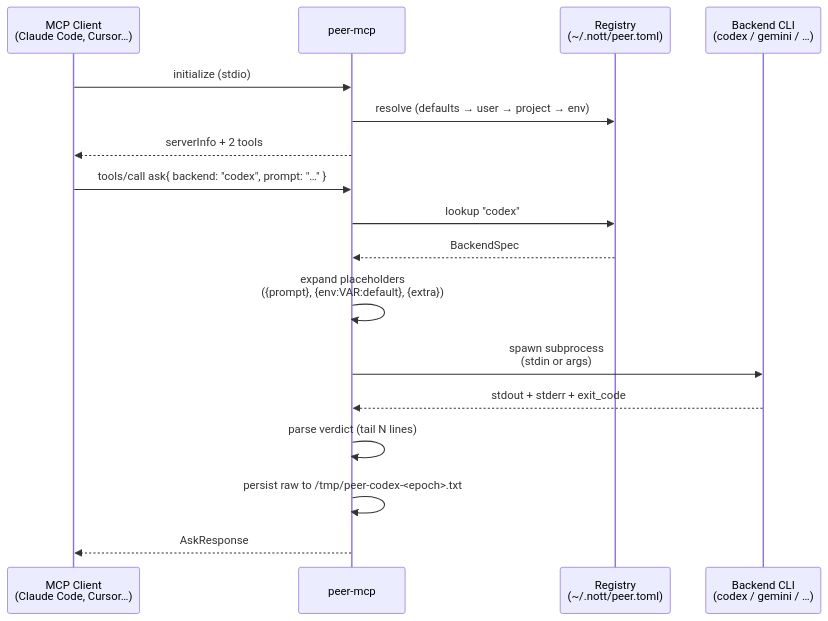
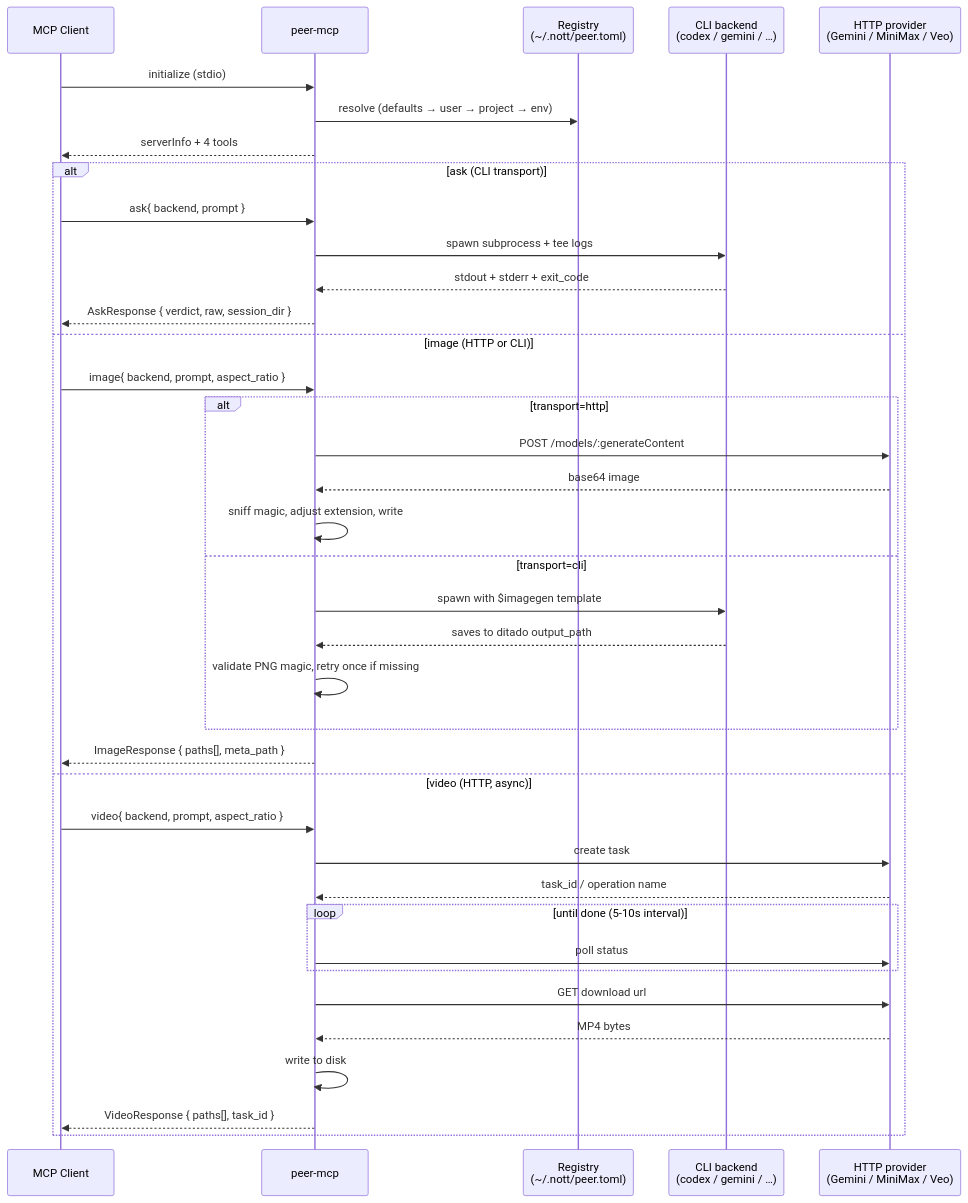
Before and after one commit to menot-you/peer: the first of 2 diagrams in README.md, drawn with Mermaid. The commit also changed other lines of this file and 1 other file, not shown here.

First line of the commit message:
docs(peer): README + CONTRIBUTING cover image/video tools

````diff
--- a/README.md
+++ b/README.md
@@ -101,21 +118,42 @@
 ```mermaid
 sequenceDiagram
-    participant C as MCP Client<br/>(Claude Code, Cursor…)
+    participant C as MCP Client
     participant P as peer-mcp
     participant R as Registry<br/>(~/.nott/peer.toml)
-    participant B as Backend CLI<br/>(codex / gemini / …)
+    participant CLI as CLI backend<br/>(codex / gemini / …)
+    participant API as HTTP provider<br/>(Gemini / MiniMax / Veo)
 
     C->>P: initialize (stdio)
     P->>R: resolve (defaults → user → project → env)
-    P-->>C: serverInfo + 2 tools
+    P-->>C: serverInfo + 4 tools
 
-    C->>P: tools/call ask{ backend: "codex", prompt: "…" }
-    P->>R: lookup "codex"
-    R-->>P: BackendSpec
-    P->>P: expand placeholders<br/>({prompt}, {env:VAR:default}, {extra})
-    P->>B: spawn subprocess<br/>(stdin or args)
-    B-->>P: stdout + stderr + exit_code
-    P->>P: parse verdict (tail N lines)
-    P->>P: persist raw to /tmp/peer-codex-<epoch>.txt
-    P-->>C: AskResponse
+    alt ask (CLI transport)
+        C->>P: ask{ backend, prompt }
+        P->>CLI: spawn subprocess + tee logs
+        CLI-->>P: stdout + stderr + exit_code
+        P-->>C: AskResponse { verdict, raw, session_dir }
+    else image (HTTP or CLI)
+        C->>P: image{ backend, prompt, aspect_ratio }
+        alt transport=http
+            P->>API: POST /models/:generateContent
+            API-->>P: base64 image
+            P->>P: sniff magic, adjust extension, write
+        else transport=cli
+            P->>CLI: spawn with $imagegen template
+            CLI-->>P: saves to ditado output_path
+            P->>P: validate PNG magic, retry once if missing
+        end
+        P-->>C: ImageResponse { paths[], meta_path }
+    else video (HTTP, async)
+        C->>P: video{ backend, prompt, aspect_ratio }
+        P->>API: create task
+        API-->>P: task_id / operation name
+        loop until done (5-10s interval)
+            P->>API: poll status
+        end
+        P->>API: GET download url
+        API-->>P: MP4 bytes
+        P->>P: write to disk
+        P-->>C: VideoResponse { paths[], task_id }
+    end
 ```
````
